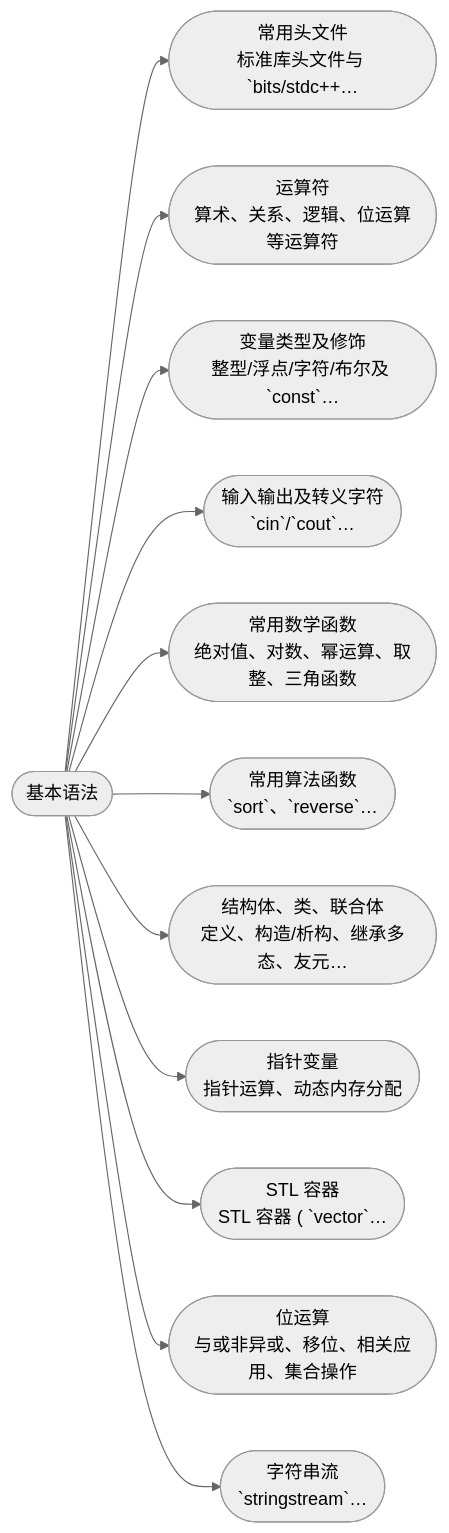
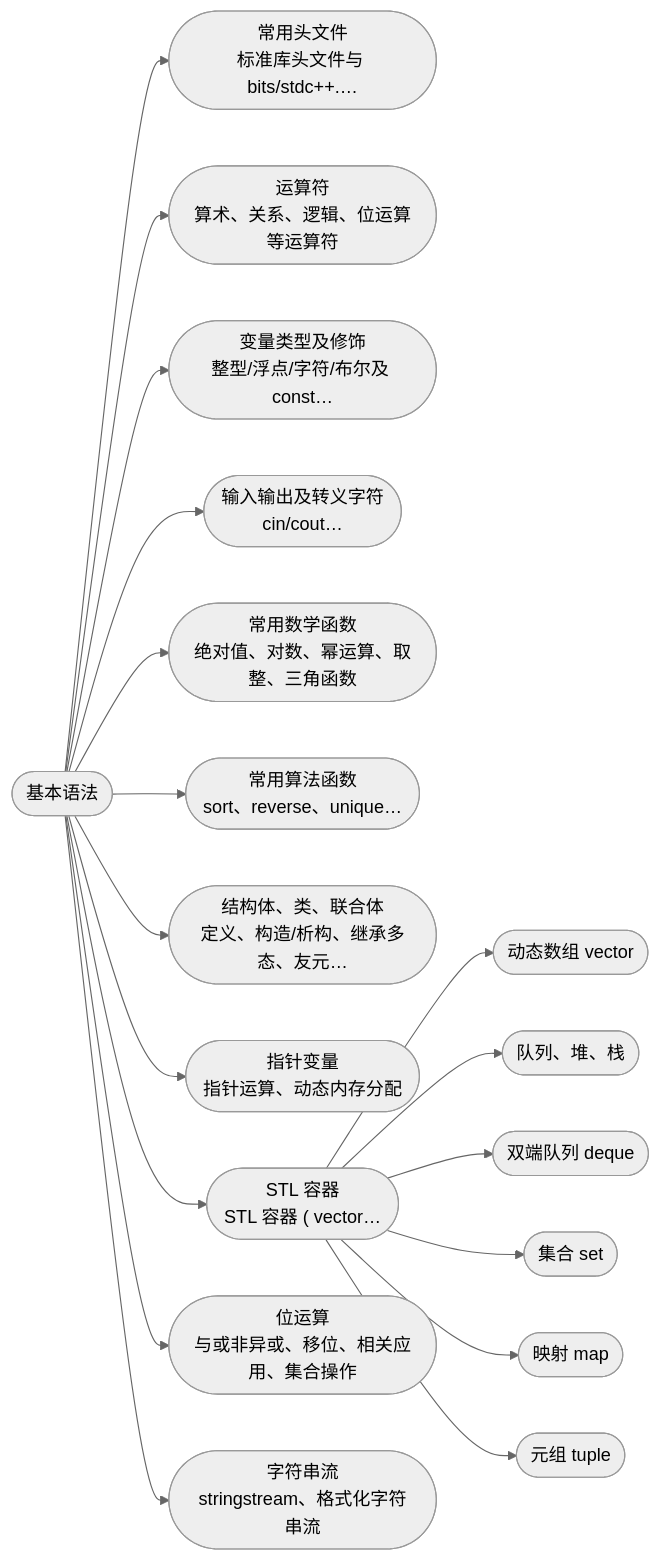
One commit to cuberxl/Coders-Note changed the diagram in 1-基本语法/index.md. Above: the diagram before and after it, drawn with Mermaid (neutral theme). The commit also changed 8 other files, not shown here.

````diff
--- a/1-基本语法/index.md
+++ b/1-基本语法/index.md
@@ -33,15 +33,21 @@
 ```mermaid
 flowchart LR
     R(["基本语法"])
-    R --> N1(["常用头文件<br/>标准库头文件与 `bits/stdc++…"])
+    R --> N1(["常用头文件<br/>标准库头文件与 bits/stdc++.…"])
     R --> N2(["运算符<br/>算术、关系、逻辑、位运算等运算符"])
-    R --> N3(["变量类型及修饰<br/>整型/浮点/字符/布尔及 `const`…"])
-    R --> N4(["输入输出及转义字符<br/>`cin`/`cout`…"])
+    R --> N3(["变量类型及修饰<br/>整型/浮点/字符/布尔及 const…"])
+    R --> N4(["输入输出及转义字符<br/>cin/cout…"])
     R --> N5(["常用数学函数<br/>绝对值、对数、幂运算、取整、三角函数"])
-    R --> N6(["常用算法函数<br/>`sort`、`reverse`…"])
+    R --> N6(["常用算法函数<br/>sort、reverse、unique…"])
     R --> N7(["结构体、类、联合体<br/>定义、构造/析构、继承多态、友元…"])
     R --> N8(["指针变量<br/>指针运算、动态内存分配"])
-    R --> N9(["STL 容器<br/>STL 容器 ( `vector`…"])
+    R --> N9(["STL 容器<br/>STL 容器 ( vector…"])
+    N9 --> N9_1(["动态数组 vector"])
+    N9 --> N9_2(["队列、堆、栈"])
+    N9 --> N9_3(["双端队列 deque"])
+    N9 --> N9_4(["集合 set"])
+    N9 --> N9_5(["映射 map"])
+    N9 --> N9_6(["元组 tuple"])
     R --> N10(["位运算<br/>与或非异或、移位、相关应用、集合操作"])
-    R --> N11(["字符串流<br/>`stringstream`…"])
+    R --> N11(["字符串流<br/>stringstream、格式化字符串流"])
 ```
````
